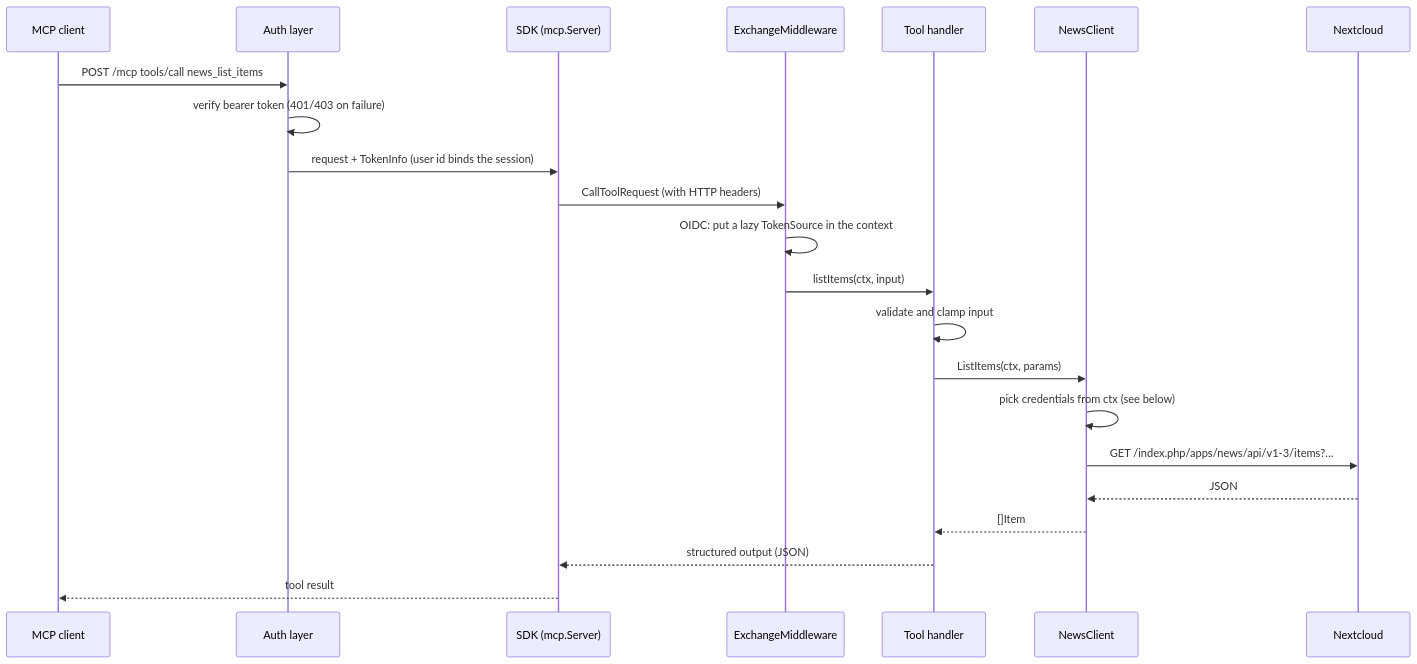
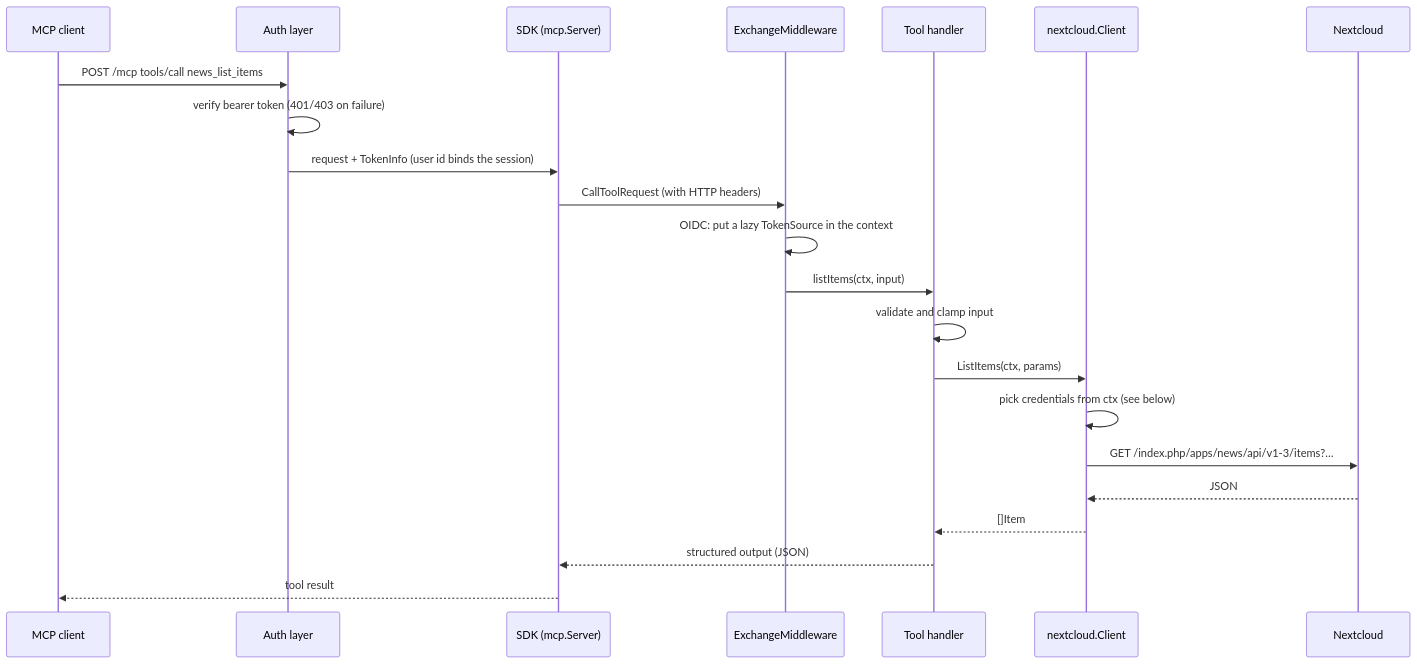
One commit to mrdev023/mcp-nextcloud changed the second of 3 diagrams in docs/architecture.md. Above: the diagram before and after it, drawn with Mermaid. The commit also changed other lines of this file, not shown here.

First line of the commit message:
docs: Update architecture for the package layout

````diff
--- a/docs/architecture.md
+++ b/docs/architecture.md
@@ -49,25 +52,25 @@
 ```mermaid
 sequenceDiagram
     participant C as MCP client
     participant A as Auth layer
     participant S as SDK (mcp.Server)
     participant X as ExchangeMiddleware
     participant T as Tool handler
-    participant N as NewsClient
+    participant N as nextcloud.Client
     participant NC as Nextcloud
 
     C->>A: POST /mcp tools/call news_list_items
     A->>A: verify bearer token (401/403 on failure)
     A->>S: request + TokenInfo (user id binds the session)
     S->>X: CallToolRequest (with HTTP headers)
     X->>X: OIDC: put a lazy TokenSource in the context
     X->>T: listItems(ctx, input)
     T->>T: validate and clamp input
     T->>N: ListItems(ctx, params)
     N->>N: pick credentials from ctx (see below)
     N->>NC: GET /index.php/apps/news/api/v1-3/items?…
     NC-->>N: JSON
     N-->>T: []Item
     T-->>S: structured output (JSON)
     S-->>C: tool result
 ```
````
